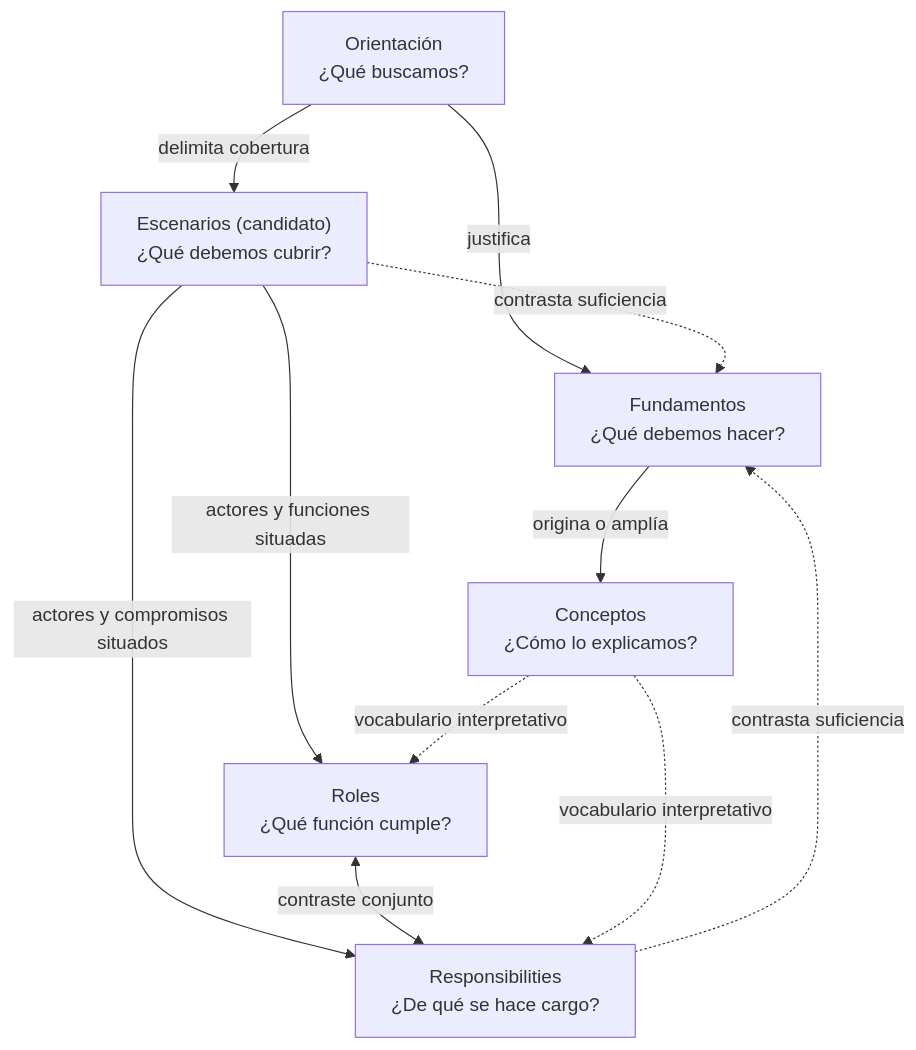
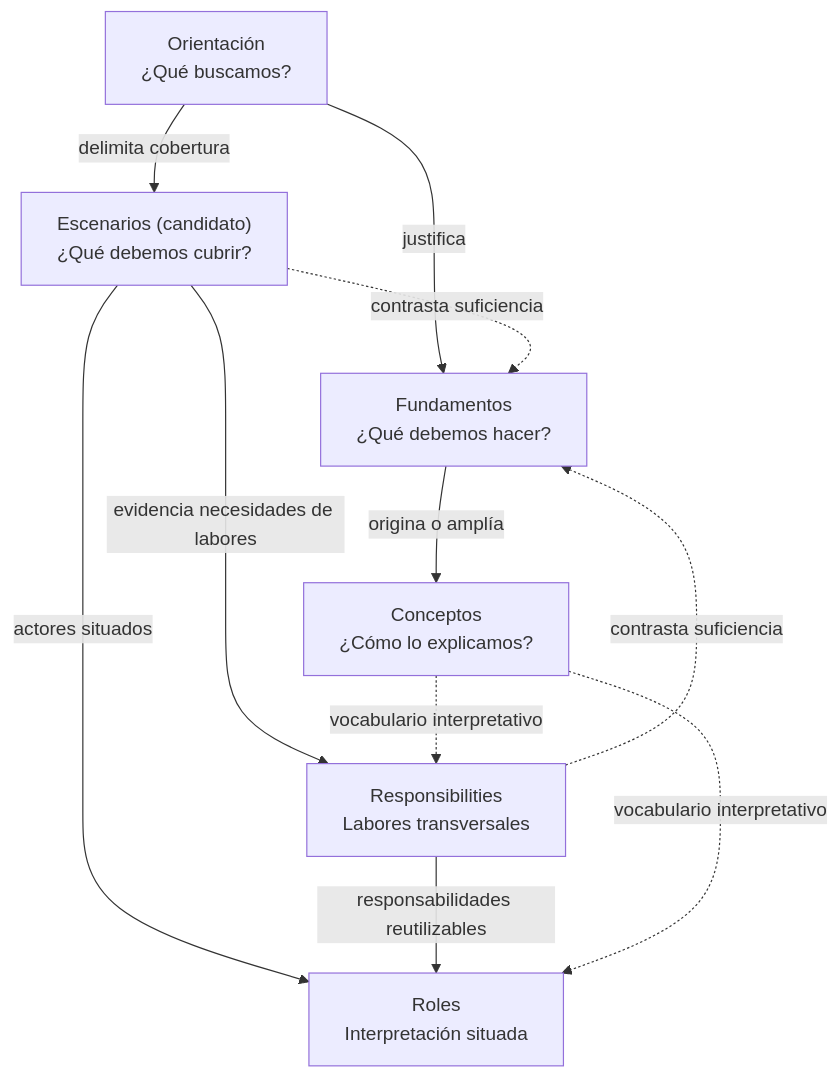
The diagram in README.md (the-alive-lab/tdidacta), drawn with Mermaid before and after one commit. The commit also changed other lines of this file, not shown here.

Commit message:
docs(tdidacta): distinguish transversal responsibilities from situated actors and roles

````diff
--- a/README.md
+++ b/README.md
@@ -22,20 +22,20 @@
 ```mermaid
 flowchart TD
     O["Orientación<br/>¿Qué buscamos?"]
     S["Escenarios (candidato)<br/>¿Qué debemos cubrir?"]
     F["Fundamentos<br/>¿Qué debemos hacer?"]
     C["Conceptos<br/>¿Cómo lo explicamos?"]
-    R["Responsibilities<br/>¿De qué se hace cargo?"]
-    L["Roles<br/>¿Qué función cumple?"]
+    R["Responsibilities<br/>Labores transversales"]
+    L["Roles<br/>Interpretación situada"]
 
     O -->|justifica| F
     O -->|delimita cobertura| S
     F -->|origina o amplía| C
-    S -->|actores y compromisos situados| R
-    S -->|actores y funciones situadas| L
-    L <-->|contraste conjunto| R
+    S -->|evidencia necesidades de labores| R
+    S -->|actores situados| L
+    R -->|responsabilidades reutilizables| L
     C -.->|vocabulario interpretativo| R
     C -.->|vocabulario interpretativo| L
     R -.->|contrasta suficiencia| F
     S -.->|contrasta suficiencia| F
 ```
````
